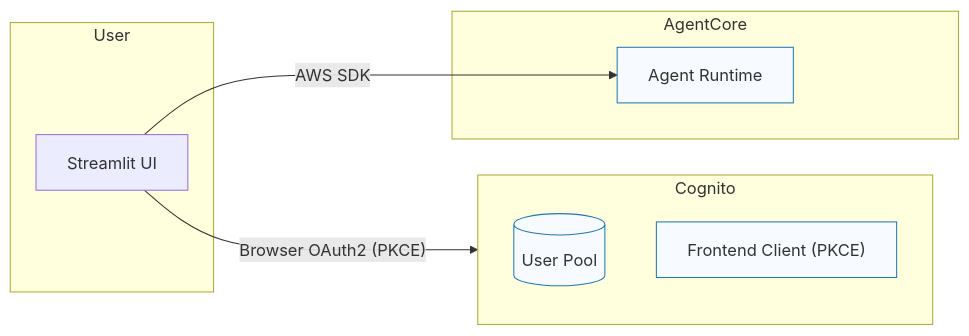
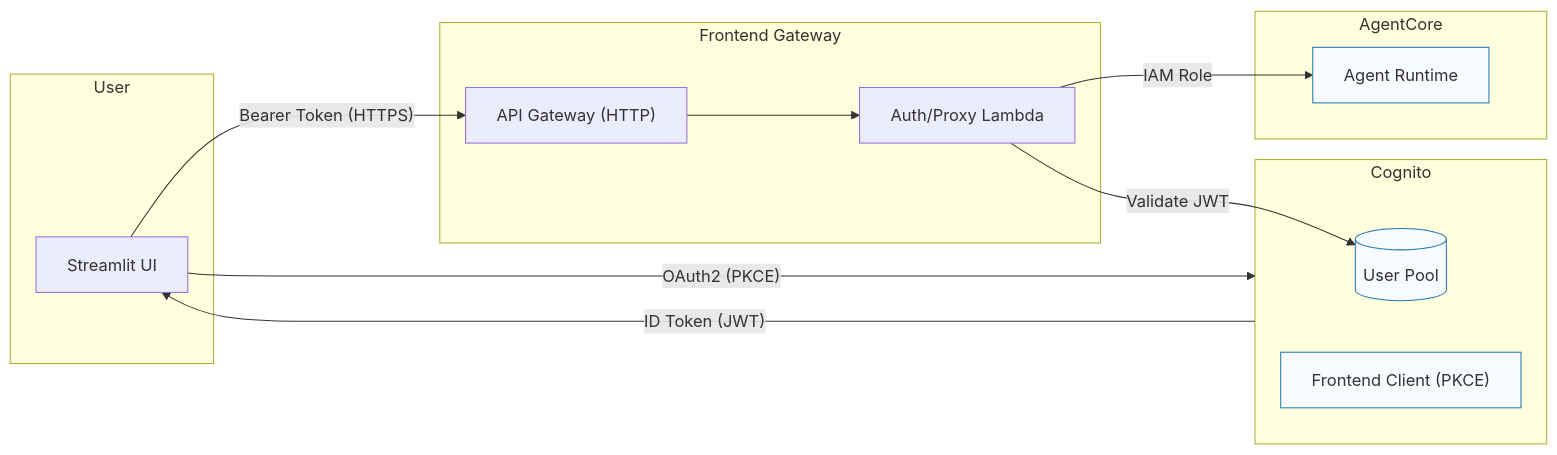
One commit to Kornienkoal/aws-agentcore-enterprise-toolkit changed the diagram in docs/diagrams/frontend.mmd. Above: the diagram before and after it, drawn with Mermaid. The commit also changed 3 other files, not shown here.

Commit message:
feat: Update architecture diagrams to reflect Frontend Gateway integration and JWT validation flow

```diff
--- a/docs/diagrams/frontend.mmd
+++ b/docs/diagrams/frontend.mmd
@@ -1,21 +1,30 @@
 %% Frontend (Streamlit)
 
 flowchart LR
   subgraph User[User]
     UI[Streamlit UI]
   end
 
   subgraph Cognito[Cognito]
     UP[("User Pool")]
     FE["Frontend Client (PKCE)"]
   end
 
+  subgraph Gateway[Frontend Gateway]
+    APIGW["API Gateway (HTTP)"]
+    Lambda["Auth/Proxy Lambda"]
+  end
+
   subgraph AgentCore[AgentCore]
     RT[Agent Runtime]
   end
 
-  UI -->|"Browser OAuth2 (PKCE)"| Cognito
-  UI -->|AWS SDK| RT
+  UI -->|"OAuth2 (PKCE)"| Cognito
+  Cognito -->|"ID Token (JWT)"| UI
+  UI -->|"Bearer Token (HTTPS)"| APIGW
+  APIGW --> Lambda
+  Lambda -->|"Validate JWT"| UP
+  Lambda -->|"IAM Role"| RT
 
   classDef aws fill:#f7fbff,stroke:#1f77b4,stroke-width:1px
   class UP,FE,RT aws
```
